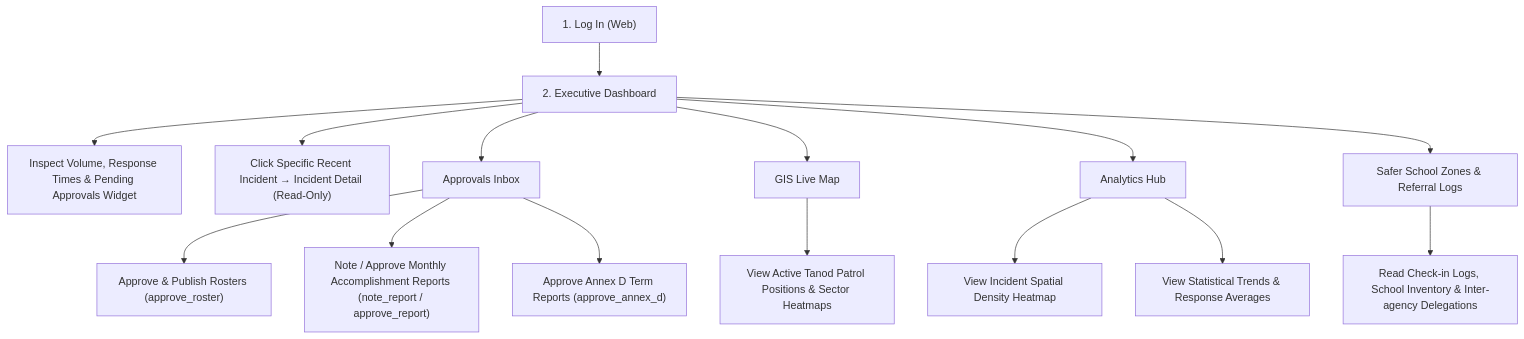
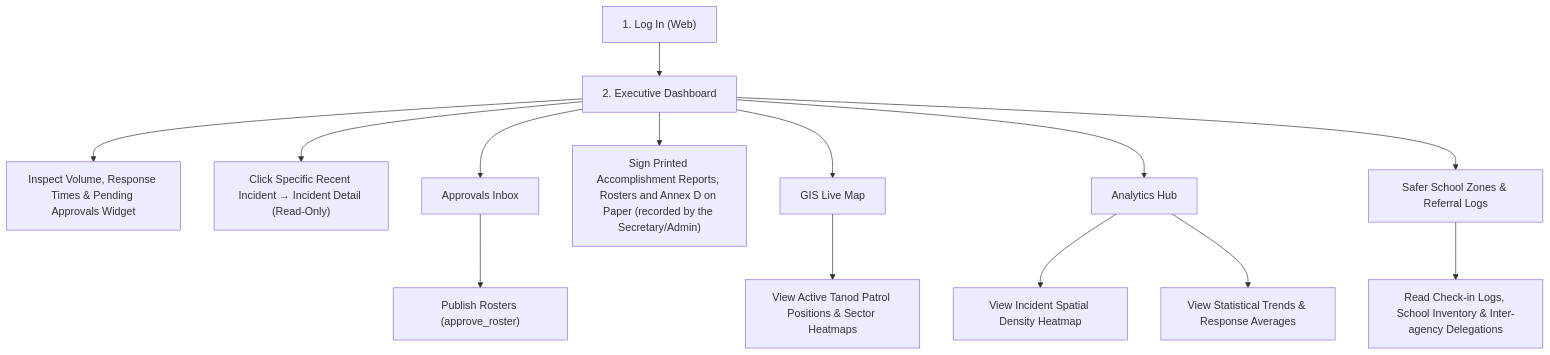
Before and after one commit to jpbuenosaires/Baranguard: the third of 13 diagrams in docs/WORKFLOWS_AND_RULES.md, drawn with Mermaid. The commit also changed other lines of this file and 16 other files, not shown here.

First line of the commit message:
[Workflow] Paper-first signing: record the signed paper instead of in-app note/approve

````diff
--- a/docs/WORKFLOWS_AND_RULES.md
+++ b/docs/WORKFLOWS_AND_RULES.md
@@ -143,22 +143,21 @@
 ```mermaid
 flowchart TD
     Login["1. Log In (Web)"] --> Dash["2. Executive Dashboard"]
     
     Dash --> ViewKPI["Inspect Volume, Response Times & Pending Approvals Widget"]
     Dash --> ClickInc["Click Specific Recent Incident → Incident Detail (Read-Only)"]
     
     Dash --> ApprInbox["Approvals Inbox"]
-    ApprInbox --> PubRoster["Approve & Publish Rosters (approve_roster)"]
-    ApprInbox --> SignAccomp["Note / Approve Monthly Accomplishment Reports (note_report / approve_report)"]
-    ApprInbox --> SignAnnexD["Approve Annex D Term Reports (approve_annex_d)"]
+    ApprInbox --> PubRoster["Publish Rosters (approve_roster)"]
+    Dash --> SignPaper["Sign Printed Accomplishment Reports, Rosters and Annex D on Paper (recorded by the Secretary/Admin)"]
 
     Dash --> GIS["GIS Live Map"]
     GIS --> MonitorPatrols["View Active Tanod Patrol Positions & Sector Heatmaps"]
 
     Dash --> Analytics["Analytics Hub"]
     Analytics --> Heatmap["View Incident Spatial Density Heatmap"]
     Analytics --> Stats["View Statistical Trends & Response Averages"]
 
     Dash --> SchoolLog["Safer School Zones & Referral Logs"]
     SchoolLog --> ReviewLogs["Read Check-in Logs, School Inventory & Inter-agency Delegations"]
 ```
````
